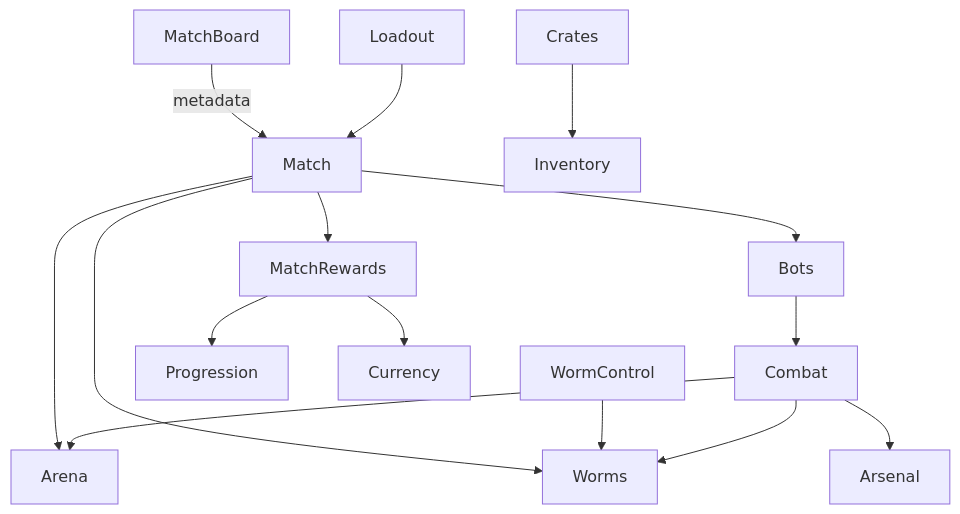
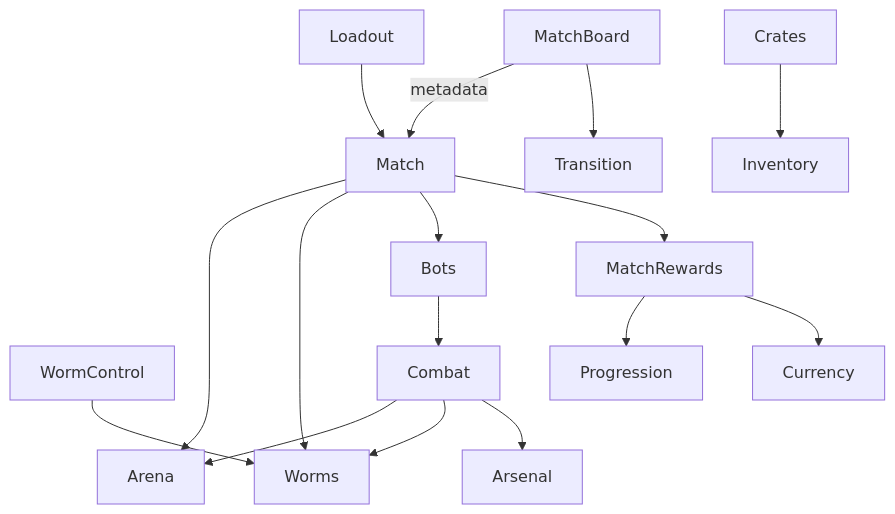
One commit to kuba-and-kacper-games-studios-poland/worm-battlegrounds changed the second of 2 diagrams in wiki/pages/build/architecture.md. Above: the diagram before and after it, drawn with Mermaid. The commit also changed other lines of this file and 91 other files, not shown here.

````diff
--- a/wiki/pages/build/architecture.md
+++ b/wiki/pages/build/architecture.md
@@ -305,17 +319,18 @@
 ```mermaid
 flowchart TB
   MB[MatchBoard] -->|metadata| MA[Match]
   MA --> AR[Arena]
   MA --> WO[Worms]
   MA --> BO[Bots]
   WC[WormControl] --> WO
   CO[Combat] --> AR
   CO --> WO
   CO --> AS[Arsenal]
   BO --> CO
   MA --> MR[MatchRewards]
   MR --> PR[Progression]
   MR --> CU[Currency]
   LO[Loadout] --> MA
   CR[Crates] --> IN[Inventory]
+  MB --> TR[Transition]
 ```
````
